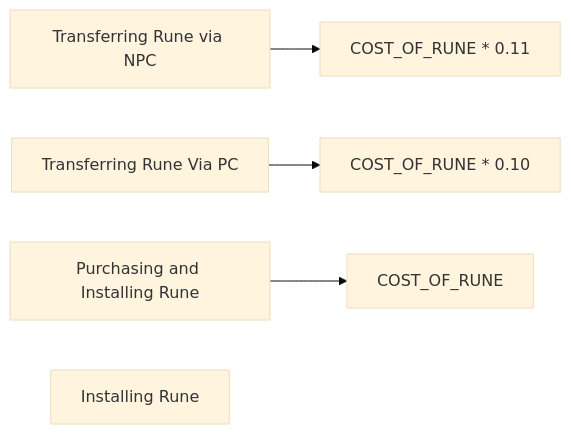
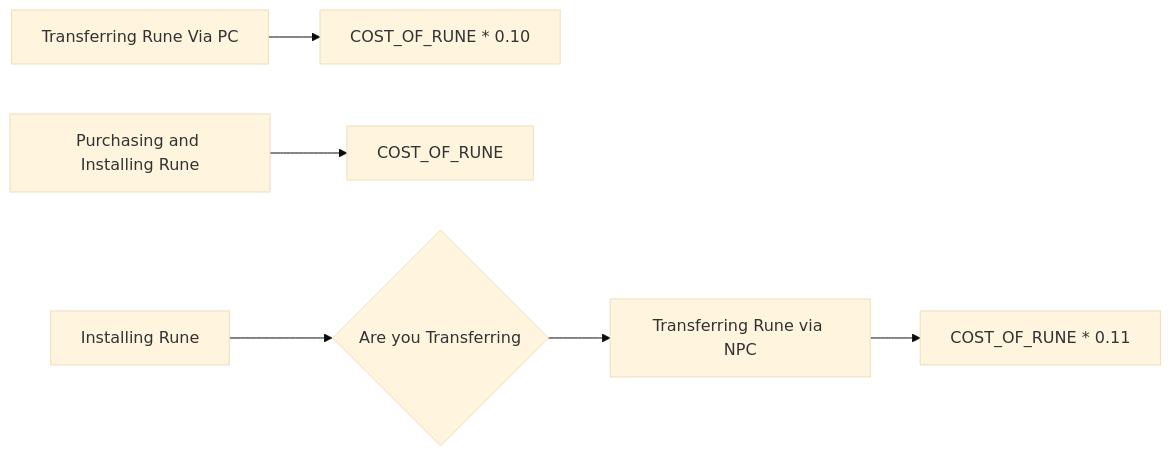
One commit to speck0413/notes changed the diagram in PF2E/Strength of Thousands/Flow Charts/Rune Guide.md. Above: the diagram before and after it, drawn with Mermaid (base theme).

Commit message:
July 7, 2022 5:27 PM

````diff
--- a/PF2E/Strength of Thousands/Flow Charts/Rune Guide.md
+++ b/PF2E/Strength of Thousands/Flow Charts/Rune Guide.md
@@ -1,20 +1,22 @@
 ```mermaid
 
 flowchart LR
 
 NPC[Transferring Rune via NPC]
 NPC_COST[COST_OF_RUNE * 0.11]
 
 PC[Transferring Rune Via PC]
 PC_COST[COST_OF_RUNE * 0.10]
 
 RUNE[Purchasing and Installing Rune]
 RUNE_COST[COST_OF_RUNE]
 
-State1[Installing Rune]
+State1[Installing Rune] --> Transfer{Are you Transferring}
+
+Transfer-->
 
 NPC-->NPC_COST
 PC-->PC_COST
 RUNE-->RUNE_COST
 
 ```
````
